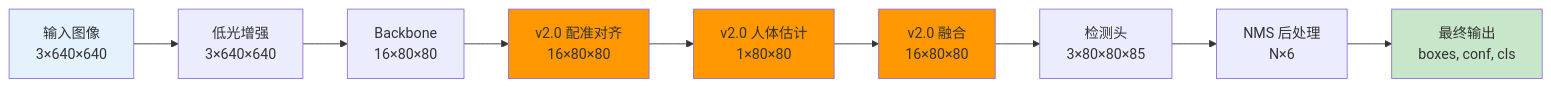
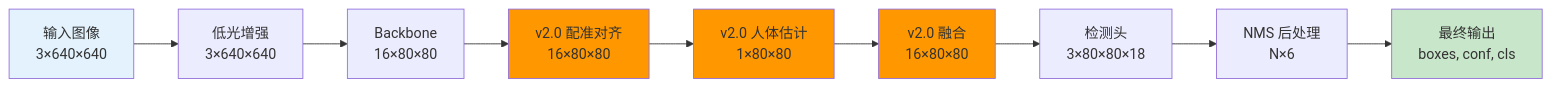
The tenth of 14 diagrams in README.md (moonway0127/yolo_low_light_enhance), drawn with Mermaid before and after one commit. The commit also changed other lines of this file and 8 other files, not shown here.

````diff
--- a/README.md
+++ b/README.md
@@ -358,17 +362,17 @@
 ```mermaid
 graph LR
     A[输入图像<br/>3×640×640] --> B[低光增强<br/>3×640×640]
     B --> C[Backbone<br/>16×80×80]
     C --> D[v2.0 配准对齐<br/>16×80×80]
     D --> E[v2.0 人体估计<br/>1×80×80]
     E --> F[v2.0 融合<br/>16×80×80]
-    F --> G[检测头<br/>3×80×80×85]
+    F --> G[检测头<br/>3×80×80×18]
     G --> H[NMS 后处理<br/>N×6]
     H --> I[最终输出<br/>boxes, conf, cls]
     
     style A fill:#e3f2fd
     style I fill:#c8e6c9
     style D fill:#ff9800
     style E fill:#ff9800
     style F fill:#ff9800
 ```
````
